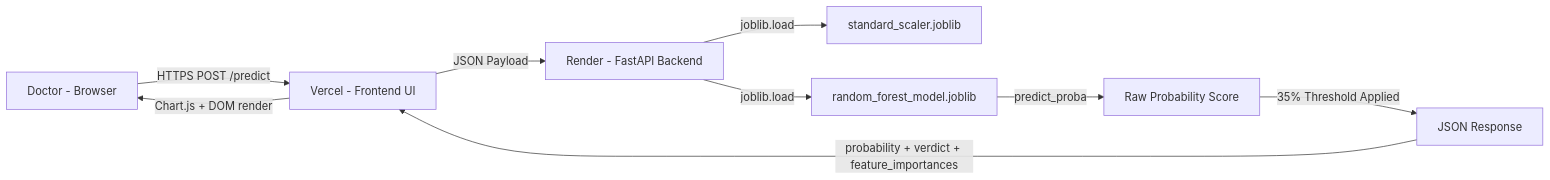
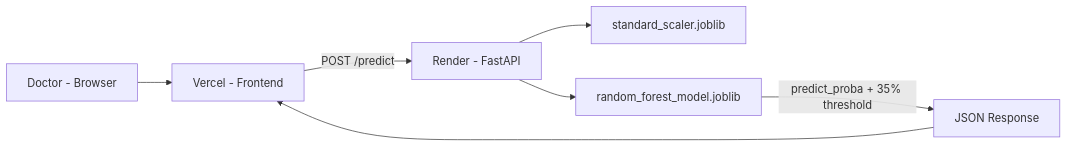
One commit to Tanish-30-08-2006/Heart-Disease-Prediction changed the diagram in README.md. Above: the diagram before and after it, drawn with Mermaid. The commit also changed other lines of this file, not shown here.

````diff
--- a/README.md
+++ b/README.md
@@ -576,11 +324,9 @@
 ```mermaid
 graph LR
-    A[Doctor - Browser] -->|HTTPS POST /predict| B[Vercel - Frontend UI]
-    B -->|JSON Payload| C[Render - FastAPI Backend]
-    C -->|joblib.load| D[standard_scaler.joblib]
-    C -->|joblib.load| E[random_forest_model.joblib]
-    E -->|predict_proba| F[Raw Probability Score]
-    F -->|35% Threshold Applied| G[JSON Response]
-    G -->|probability + verdict + feature_importances| B
-    B -->|Chart.js + DOM render| A
+    A[Doctor - Browser] --> B[Vercel - Frontend]
+    B -->|POST /predict| C[Render - FastAPI]
+    C --> D[standard_scaler.joblib]
+    C --> E[random_forest_model.joblib]
+    E -->|predict_proba + 35% threshold| F[JSON Response]
+    F --> B
 ```
````
